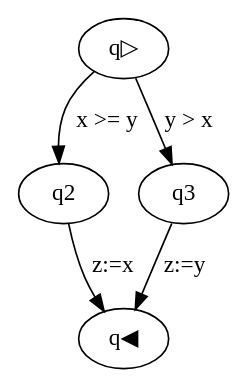
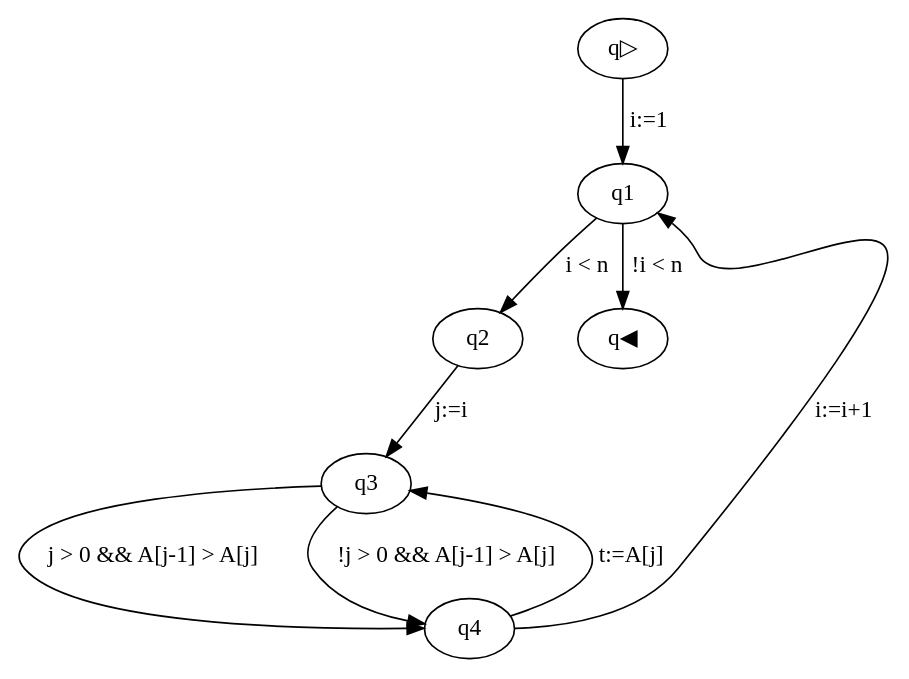
Before and after one commit to Luppilau/Parser: the diagram in Parser/src/input-output/output.dot, drawn with Graphviz. The commit also changed 2 other files, not shown here.

```diff
--- a/Parser/src/input-output/output.dot
+++ b/Parser/src/input-output/output.dot
@@ -1,6 +1,10 @@
 digraph G {
-q▷ -> q2 [label="x >= y"] 
-q2 -> q◀ [label="z:=x"] 
-q▷ -> q3 [label="y > x"] 
-q3 -> q◀ [label="z:=y"] 
+q▷ -> q1 [label="i:=1"] 
+q2 -> q3 [label="j:=i"] 
+q4 -> q3 [label="t:=A[j]"] 
+q3 -> q4 [label="j > 0 && A[j-1] > A[j]"] 
+q3 -> q4 [label="!j > 0 && A[j-1] > A[j]"] 
+q4 -> q1 [label="i:=i+1"] 
+q1 -> q2 [label="i < n"] 
+q1 -> q◀ [label="!i < n"] 
 }
```
